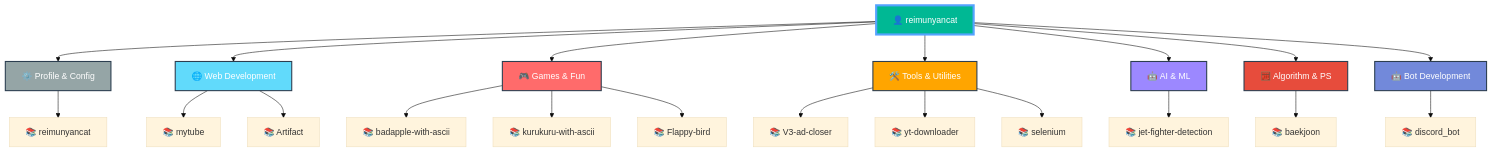
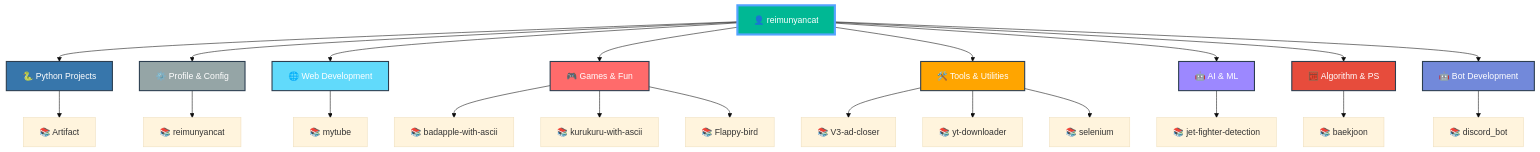
The diagram in README.md (reimunyancat/reimunyancat), drawn with Mermaid (base theme) before and after one commit. The commit also changed other lines of this file, not shown here.

Commit message:
🤖 Auto-update README with latest repositories

````diff
--- a/README.md
+++ b/README.md
@@ -159,39 +159,42 @@
 ```mermaid
 graph TD
   A[👤 reimunyancat]
 
-  A --> CAT0[⚙️ Profile & Config]
-  CAT0 --> CAT0_0[📚 reimunyancat]
+  A --> CAT0[🐍 Python Projects]
+  CAT0 --> CAT0_0[📚 Artifact]
 
-  A --> CAT1[🌐 Web Development]
-  CAT1 --> CAT1_0[📚 mytube]
-  CAT1 --> CAT1_1[📚 Artifact]
+  A --> CAT1[⚙️ Profile & Config]
+  CAT1 --> CAT1_0[📚 reimunyancat]
 
-  A --> CAT2[🎮 Games & Fun]
-  CAT2 --> CAT2_0[📚 badapple-with-ascii]
-  CAT2 --> CAT2_1[📚 kurukuru-with-ascii]
-  CAT2 --> CAT2_2[📚 Flappy-bird]
+  A --> CAT2[🌐 Web Development]
+  CAT2 --> CAT2_0[📚 mytube]
 
-  A --> CAT3[🛠️ Tools & Utilities]
-  CAT3 --> CAT3_0[📚 V3-ad-closer]
-  CAT3 --> CAT3_1[📚 yt-downloader]
-  CAT3 --> CAT3_2[📚 selenium]
+  A --> CAT3[🎮 Games & Fun]
+  CAT3 --> CAT3_0[📚 badapple-with-ascii]
+  CAT3 --> CAT3_1[📚 kurukuru-with-ascii]
+  CAT3 --> CAT3_2[📚 Flappy-bird]
 
-  A --> CAT4[🤖 AI & ML]
-  CAT4 --> CAT4_0[📚 jet-fighter-detection]
+  A --> CAT4[🛠️ Tools & Utilities]
+  CAT4 --> CAT4_0[📚 V3-ad-closer]
+  CAT4 --> CAT4_1[📚 yt-downloader]
+  CAT4 --> CAT4_2[📚 selenium]
 
-  A --> CAT5[🧮 Algorithm & PS]
-  CAT5 --> CAT5_0[📚 baekjoon]
+  A --> CAT5[🤖 AI & ML]
+  CAT5 --> CAT5_0[📚 jet-fighter-detection]
 
-  A --> CAT6[🤖 Bot Development]
-  CAT6 --> CAT6_0[📚 discord_bot]
+  A --> CAT6[🧮 Algorithm & PS]
+  CAT6 --> CAT6_0[📚 baekjoon]
+
+  A --> CAT7[🤖 Bot Development]
+  CAT7 --> CAT7_0[📚 discord_bot]
 
   style A fill:#00b894,stroke:#55a3ff,stroke-width:4px,color:#fff
-  style CAT0 fill:#95a5a6,stroke:#2c3e50,stroke-width:2px,color:#fff
-  style CAT1 fill:#61dafb,stroke:#2c3e50,stroke-width:2px,color:#fff
-  style CAT2 fill:#ff6b6b,stroke:#2c3e50,stroke-width:2px,color:#fff
-  style CAT3 fill:#ffa500,stroke:#2c3e50,stroke-width:2px,color:#fff
-  style CAT4 fill:#9c88ff,stroke:#2c3e50,stroke-width:2px,color:#fff
-  style CAT5 fill:#e74c3c,stroke:#2c3e50,stroke-width:2px,color:#fff
-  style CAT6 fill:#7289da,stroke:#2c3e50,stroke-width:2px,color:#fff
+  style CAT0 fill:#3776ab,stroke:#2c3e50,stroke-width:2px,color:#fff
+  style CAT1 fill:#95a5a6,stroke:#2c3e50,stroke-width:2px,color:#fff
+  style CAT2 fill:#61dafb,stroke:#2c3e50,stroke-width:2px,color:#fff
+  style CAT3 fill:#ff6b6b,stroke:#2c3e50,stroke-width:2px,color:#fff
+  style CAT4 fill:#ffa500,stroke:#2c3e50,stroke-width:2px,color:#fff
+  style CAT5 fill:#9c88ff,stroke:#2c3e50,stroke-width:2px,color:#fff
+  style CAT6 fill:#e74c3c,stroke:#2c3e50,stroke-width:2px,color:#fff
+  style CAT7 fill:#7289da,stroke:#2c3e50,stroke-width:2px,color:#fff
 ```
````
